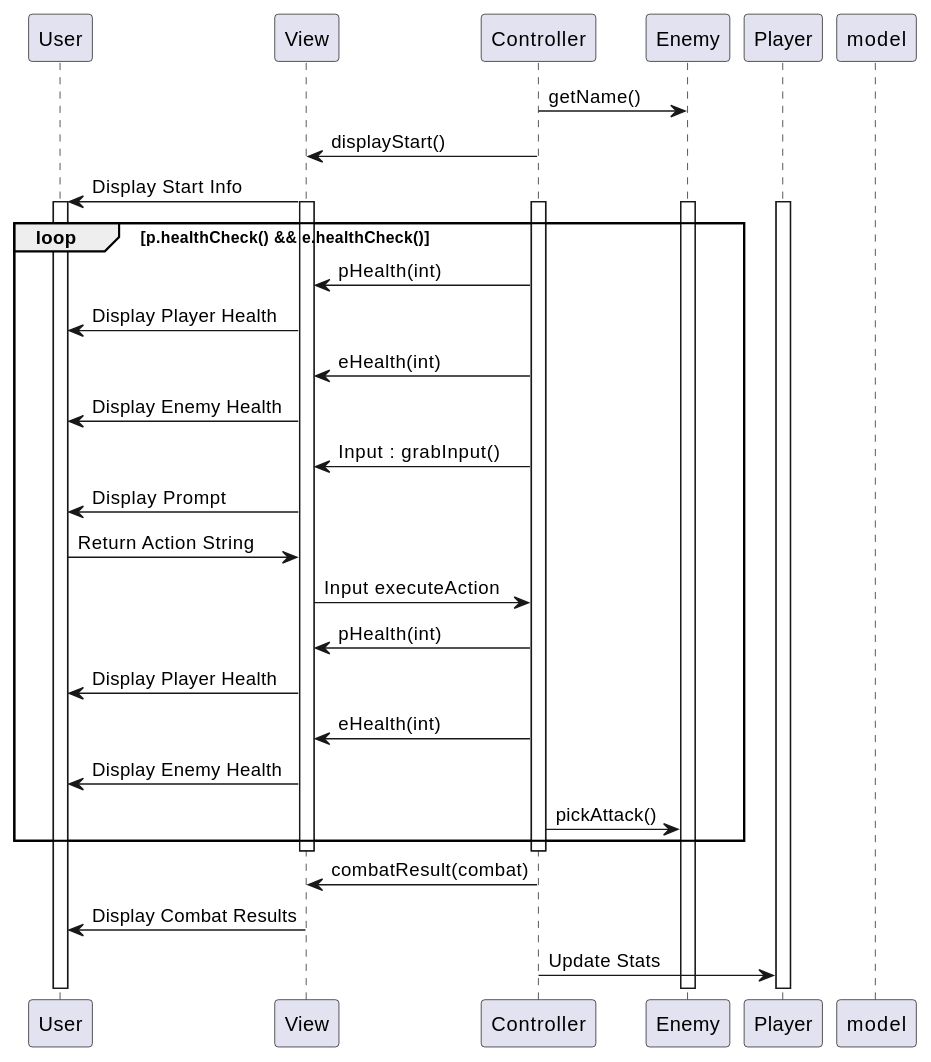
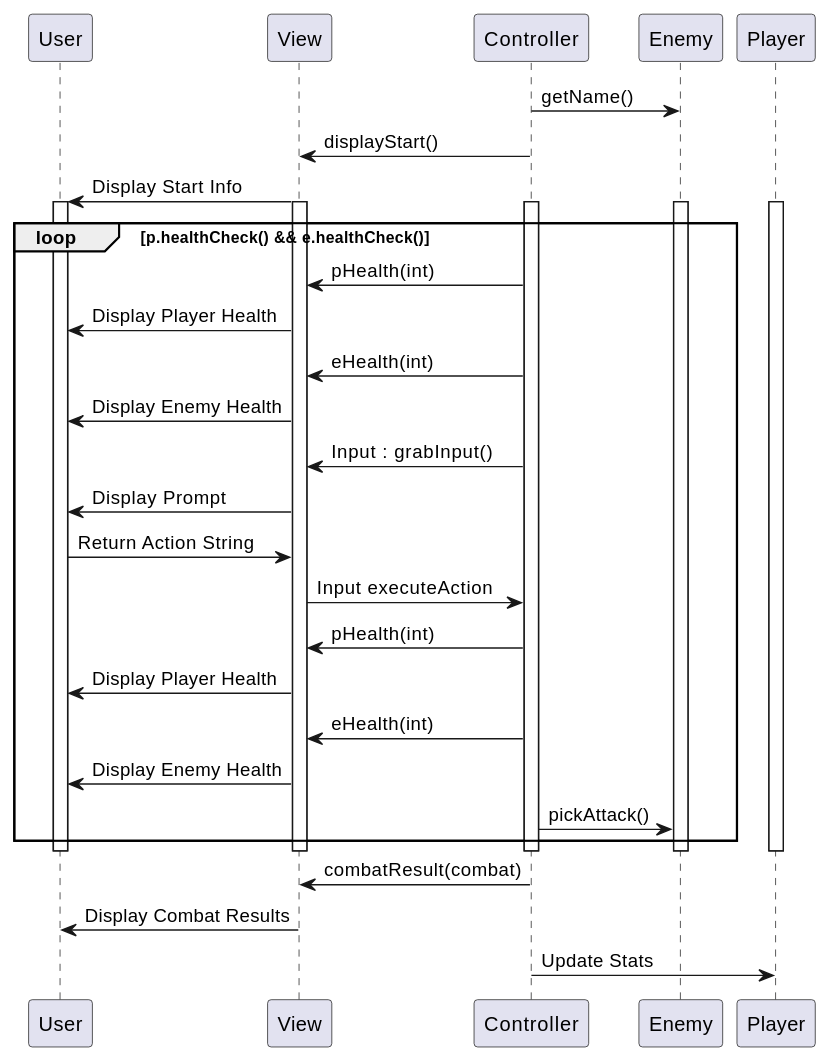
Before and after one commit to BillCheng9/Steampunk-Game: the second of 2 diagrams in intellij/doc/design.md, drawn with PlantUML.

````diff
--- a/intellij/doc/design.md
+++ b/intellij/doc/design.md
@@ -115,46 +115,48 @@
 ```plantuml
 
 
 participant "User" as user
 participant "View" as view
 participant "Controller" as control
 participant "Enemy" as enemy
 participant "Player" as player
 
 control -> enemy : getName()
 control -> view : displayStart()
 view -> user : Display Start Info
 
 loop p.healthCheck() && e.healthCheck()
 activate view
 activate control
 activate player
 activate enemy
 activate user
 
 control -> view : pHealth(int)
 view -> user : Display Player Health
 control -> view : eHealth(int)
 view -> user : Display Enemy Health
 
 control -> view : Input : grabInput()
 view -> user : Display Prompt
 user -> view : Return Action String
 view -> control : Input executeAction
 
 control -> view : pHealth(int)
 view -> user : Display Player Health
 control -> view : eHealth(int)
 view -> user : Display Enemy Health
 
 control -> enemy : pickAttack()
 end
 
 deactivate view
 deactivate control
-deactivate model
+deactivate enemy
+deactivate user
+deactivate player
 
 control -> view : combatResult(combat)
 view -> user : Display Combat Results
 control -> player : Update Stats
 ```
````
